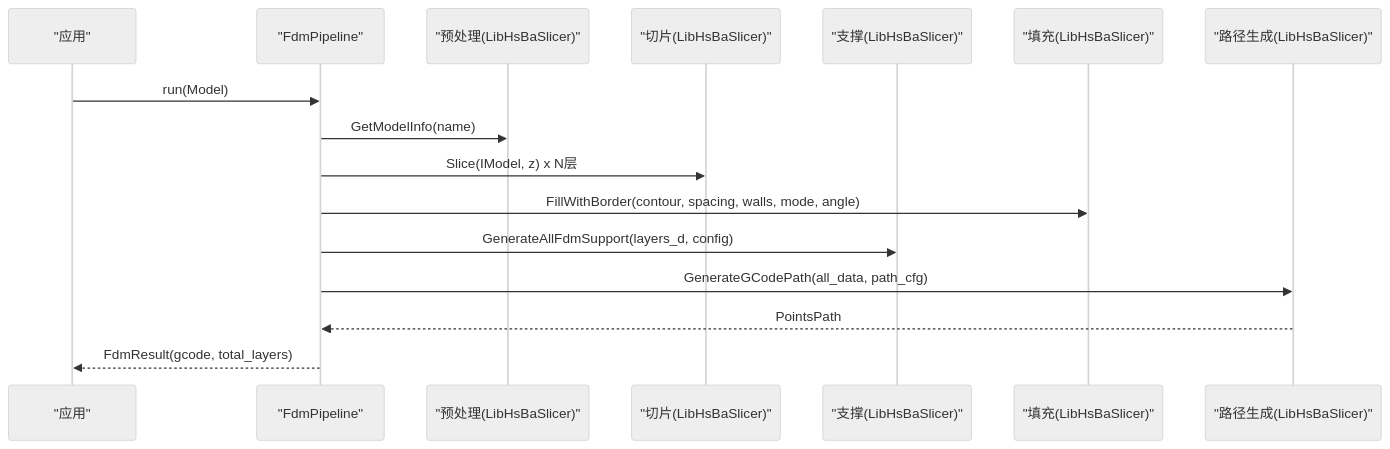
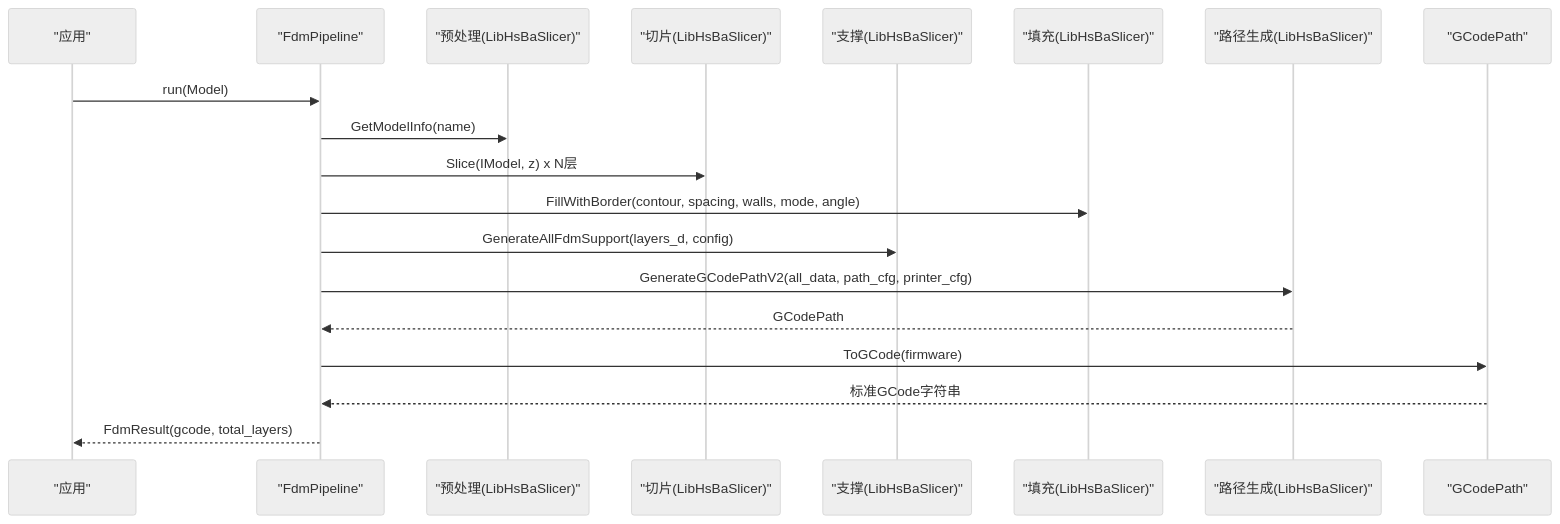
Before and after one commit to hsmbanlance/HsBaSlicer: the fourth of 8 diagrams in .qoder/repowiki/zh/content/扩展与集成/C++20模块包装层 (ModuleHsBaSlicer).md, drawn with Mermaid (neutral theme). The commit also changed other lines of this file and 9 other files, not shown here.

````diff
--- a/.qoder/repowiki/zh/content/扩展与集成/C++20模块包装层 (ModuleHsBaSlicer).md
+++ b/.qoder/repowiki/zh/content/扩展与集成/C++20模块包装层 (ModuleHsBaSlicer).md
@@ -215,18 +246,21 @@
 ```mermaid
 sequenceDiagram
 participant App as "应用"
 participant FM as "FdmPipeline"
 participant MP as "预处理(LibHsBaSlicer)"
 participant SL as "切片(LibHsBaSlicer)"
 participant SP as "支撑(LibHsBaSlicer)"
 participant FL as "填充(LibHsBaSlicer)"
 participant PG as "路径生成(LibHsBaSlicer)"
+participant GP as "GCodePath"
 App->>FM : run(Model)
 FM->>MP : GetModelInfo(name)
 FM->>SL : Slice(IModel, z) x N层
 FM->>FL : FillWithBorder(contour, spacing, walls, mode, angle)
 FM->>SP : GenerateAllFdmSupport(layers_d, config)
-FM->>PG : GenerateGCodePath(all_data, path_cfg)
-PG-->>FM : PointsPath
+FM->>PG : GenerateGCodePathV2(all_data, path_cfg, printer_cfg)
+PG-->>FM : GCodePath
+FM->>GP : ToGCode(firmware)
+GP-->>FM : 标准GCode字符串
 FM-->>App : FdmResult(gcode, total_layers)
 ```
````
